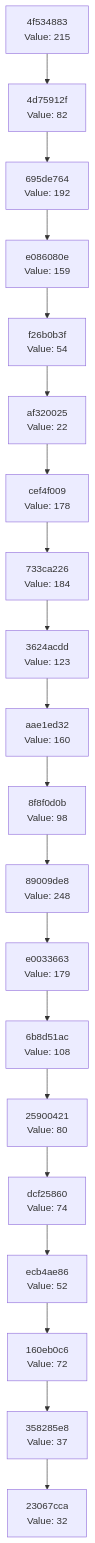
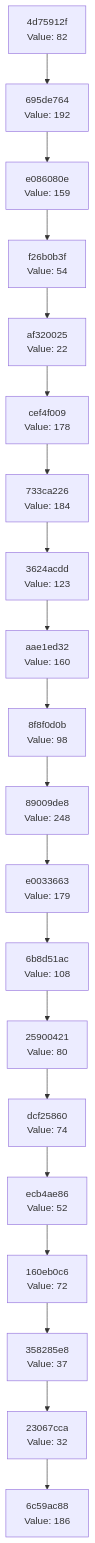
The diagram in docs/CHAIN_VISUALIZATION.md (Abhisheksinha1506/hash-chain-evolver), drawn with Mermaid before and after one commit. The commit also changed 2 other files, not shown here.

Commit message:
Evolution step: hash 0xBA → action executed

````diff
--- a/docs/CHAIN_VISUALIZATION.md
+++ b/docs/CHAIN_VISUALIZATION.md
@@ -3,42 +3,42 @@
 ```mermaid
 graph TD
-    C0["23067cca<br/>Value: 32"]
-    C1["358285e8<br/>Value: 37"]
+    C0["6c59ac88<br/>Value: 186"]
+    C1["23067cca<br/>Value: 32"]
     C1 --> C0
-    C2["160eb0c6<br/>Value: 72"]
+    C2["358285e8<br/>Value: 37"]
     C2 --> C1
-    C3["ecb4ae86<br/>Value: 52"]
+    C3["160eb0c6<br/>Value: 72"]
     C3 --> C2
-    C4["dcf25860<br/>Value: 74"]
+    C4["ecb4ae86<br/>Value: 52"]
     C4 --> C3
-    C5["25900421<br/>Value: 80"]
+    C5["dcf25860<br/>Value: 74"]
     C5 --> C4
-    C6["6b8d51ac<br/>Value: 108"]
+    C6["25900421<br/>Value: 80"]
     C6 --> C5
-    C7["e0033663<br/>Value: 179"]
+    C7["6b8d51ac<br/>Value: 108"]
     C7 --> C6
-    C8["89009de8<br/>Value: 248"]
+    C8["e0033663<br/>Value: 179"]
     C8 --> C7
-    C9["8f8f0d0b<br/>Value: 98"]
+    C9["89009de8<br/>Value: 248"]
     C9 --> C8
-    C10["aae1ed32<br/>Value: 160"]
+    C10["8f8f0d0b<br/>Value: 98"]
     C10 --> C9
-    C11["3624acdd<br/>Value: 123"]
+    C11["aae1ed32<br/>Value: 160"]
     C11 --> C10
-    C12["733ca226<br/>Value: 184"]
+    C12["3624acdd<br/>Value: 123"]
     C12 --> C11
-    C13["cef4f009<br/>Value: 178"]
+    C13["733ca226<br/>Value: 184"]
     C13 --> C12
-    C14["af320025<br/>Value: 22"]
+    C14["cef4f009<br/>Value: 178"]
     C14 --> C13
-    C15["f26b0b3f<br/>Value: 54"]
+    C15["af320025<br/>Value: 22"]
     C15 --> C14
-    C16["e086080e<br/>Value: 159"]
+    C16["f26b0b3f<br/>Value: 54"]
     C16 --> C15
-    C17["695de764<br/>Value: 192"]
+    C17["e086080e<br/>Value: 159"]
     C17 --> C16
-    C18["4d75912f<br/>Value: 82"]
+    C18["695de764<br/>Value: 192"]
     C18 --> C17
-    C19["4f534883<br/>Value: 215"]
+    C19["4d75912f<br/>Value: 82"]
     C19 --> C18
 ```
````
